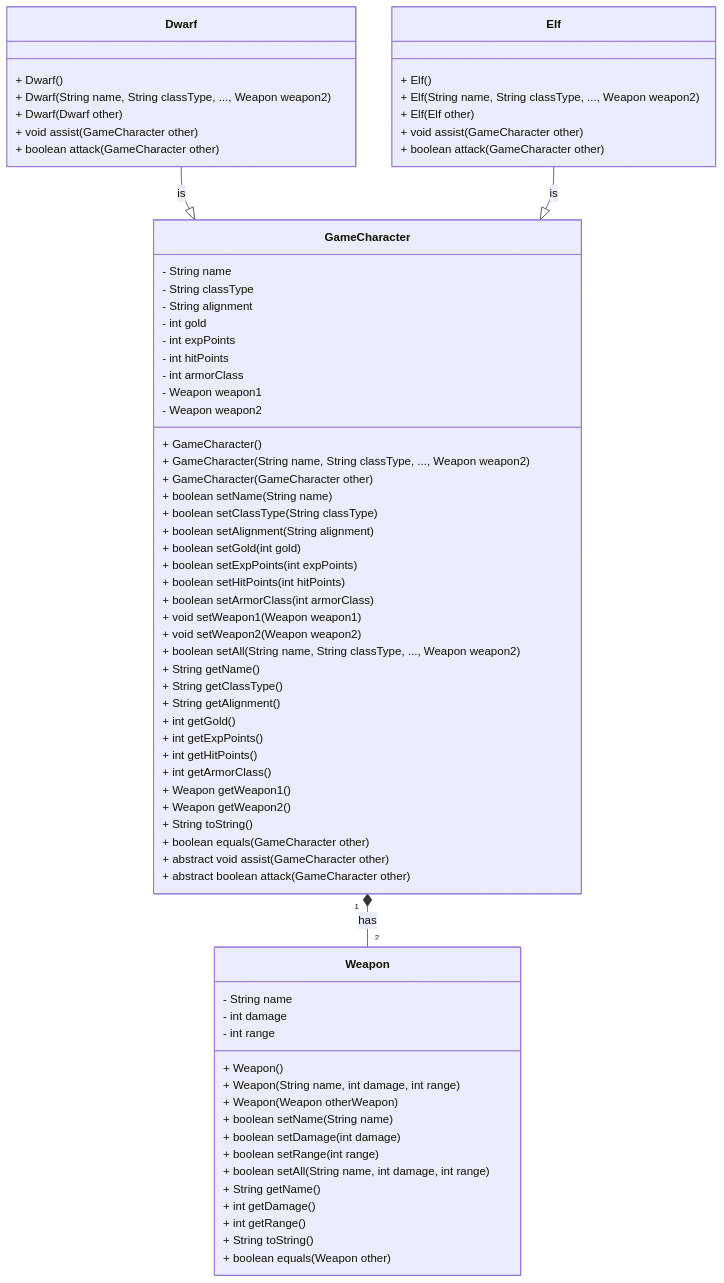
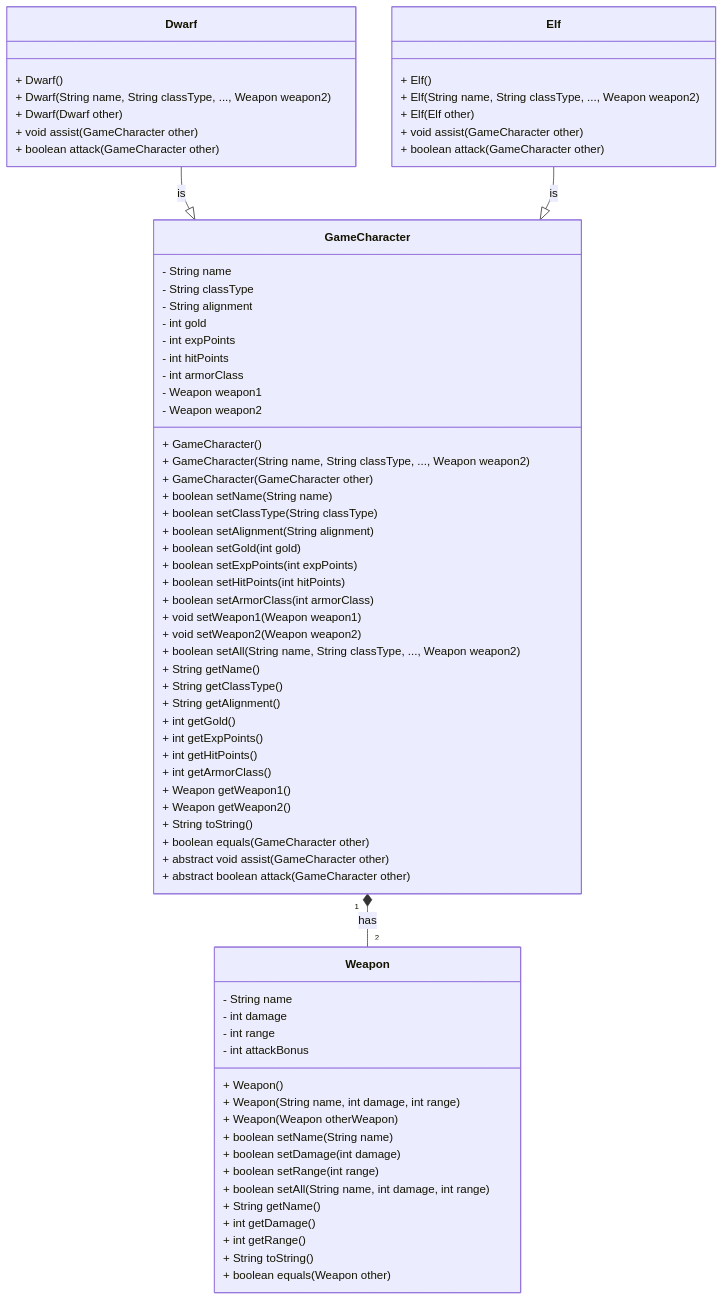
The diagram in README.md (CS112-ProfeSoto/Lab-04), drawn with Mermaid before and after one commit.

````diff
--- a/README.md
+++ b/README.md
@@ -9,78 +9,79 @@
 ```mermaid
 classDiagram
     class Weapon {
         - String name
         - int damage
         - int range
+		- int attackBonus
         + Weapon()
         + Weapon(String name, int damage, int range)
         + Weapon(Weapon otherWeapon)
         + boolean setName(String name)
         + boolean setDamage(int damage)
         + boolean setRange(int range)
         + boolean setAll(String name, int damage, int range)
         + String getName()
         + int getDamage()
         + int getRange()
         + String toString()
         + boolean equals(Weapon other)
     }
 
     class GameCharacter {
         - String name
         - String classType
         - String alignment
         - int gold
         - int expPoints
         - int hitPoints
         - int armorClass
         - Weapon weapon1
         - Weapon weapon2
         + GameCharacter()
         + GameCharacter(String name, String classType, ..., Weapon weapon2)
         + GameCharacter(GameCharacter other)
         + boolean setName(String name)
         + boolean setClassType(String classType)
         + boolean setAlignment(String alignment)
         + boolean setGold(int gold)
         + boolean setExpPoints(int expPoints)
         + boolean setHitPoints(int hitPoints)
         + boolean setArmorClass(int armorClass)
         + void setWeapon1(Weapon weapon1)
         + void setWeapon2(Weapon weapon2)
         + boolean setAll(String name, String classType, ..., Weapon weapon2)
         + String getName()
         + String getClassType()
         + String getAlignment()
         + int getGold()
         + int getExpPoints()
         + int getHitPoints()
         + int getArmorClass()
         + Weapon getWeapon1()
         + Weapon getWeapon2()
         + String toString()
         + boolean equals(GameCharacter other)
         + abstract void assist(GameCharacter other)
         + abstract boolean attack(GameCharacter other)
     }
 
     class Dwarf {
         + Dwarf()
         + Dwarf(String name, String classType, ..., Weapon weapon2)
         + Dwarf(Dwarf other)
         + void assist(GameCharacter other)
         + boolean attack(GameCharacter other)
     }
 
     class Elf {
         + Elf()
         + Elf(String name, String classType, ..., Weapon weapon2)
         + Elf(Elf other)
         + void assist(GameCharacter other)
         + boolean attack(GameCharacter other)
     }
 
     GameCharacter "1" *-- "2" Weapon : has
     Dwarf --|> GameCharacter : is
     Elf --|> GameCharacter : is
 ```
````
